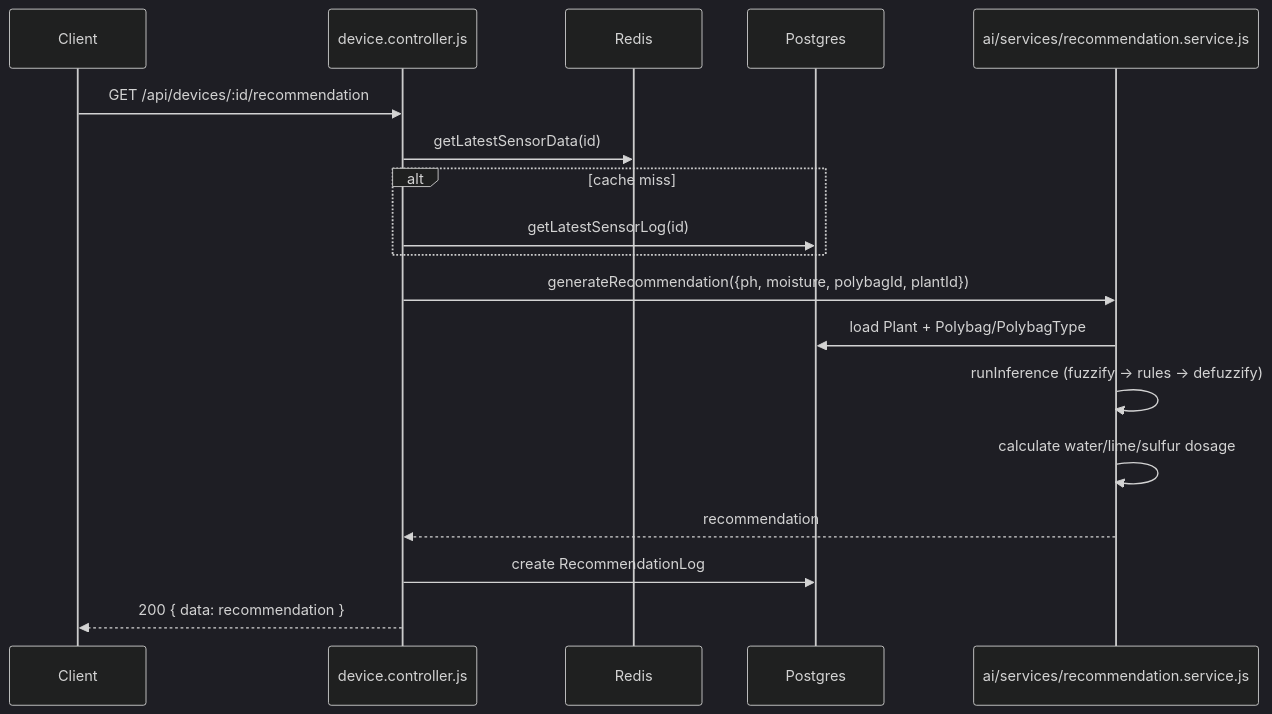
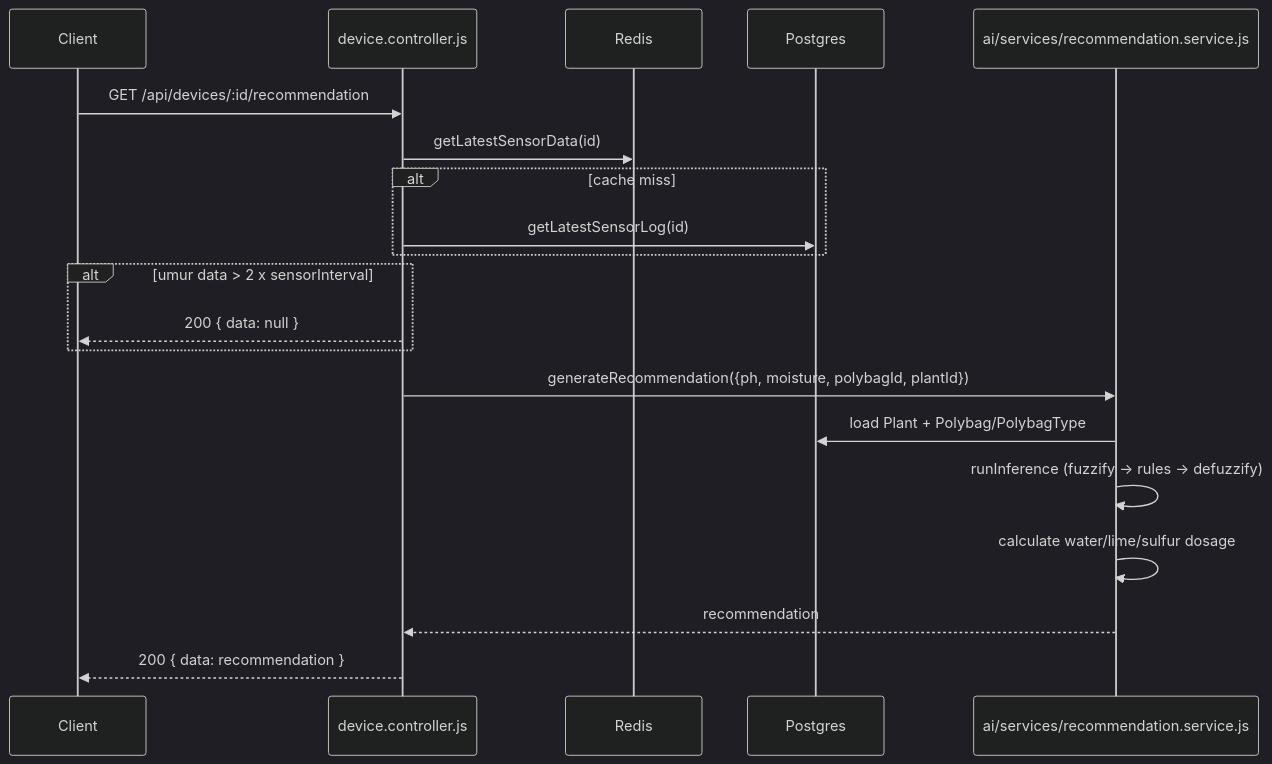
Before and after one commit to Capstone2026-E04/Subur.in: the fourth of 4 diagrams in docs/architecture/api-flow.md, drawn with Mermaid (dark theme). The commit also changed other lines of this file and 5 other files, not shown here.

First line of the commit message:
fix(device): jadikan endpoint rekomendasi read-only dan tolak data sensor basi

````diff
--- a/docs/architecture/api-flow.md
+++ b/docs/architecture/api-flow.md
@@ -80,21 +80,23 @@
 ```mermaid
 sequenceDiagram
     participant Client
     participant Controller as device.controller.js
     participant Redis
     participant Postgres
     participant Engine as ai/services/recommendation.service.js
 
     Client->>Controller: GET /api/devices/:id/recommendation
     Controller->>Redis: getLatestSensorData(id)
     alt cache miss
         Controller->>Postgres: getLatestSensorLog(id)
     end
+    alt umur data > 2 x sensorInterval
+        Controller-->>Client: 200 { data: null }
+    end
     Controller->>Engine: generateRecommendation({ph, moisture, polybagId, plantId})
     Engine->>Postgres: load Plant + Polybag/PolybagType
     Engine->>Engine: runInference (fuzzify -> rules -> defuzzify)
     Engine->>Engine: calculate water/lime/sulfur dosage
     Engine-->>Controller: recommendation
-    Controller->>Postgres: create RecommendationLog
     Controller-->>Client: 200 { data: recommendation }
 ```
````
